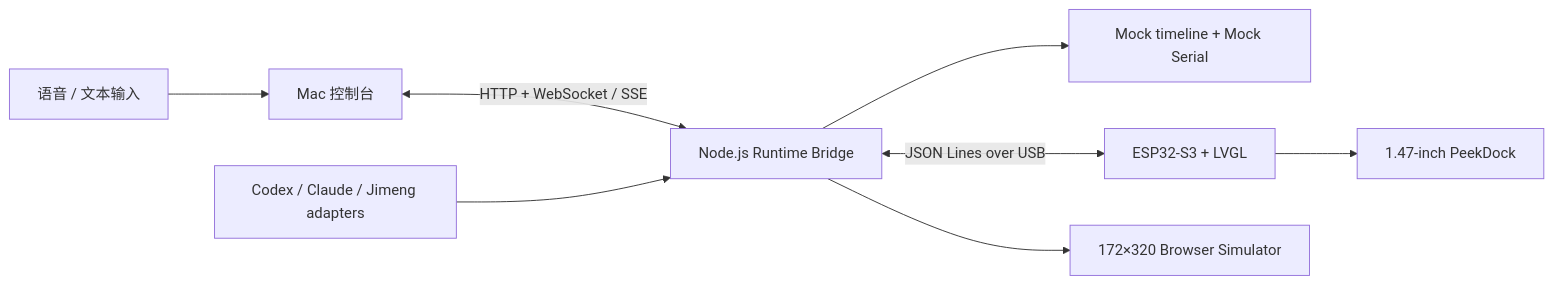
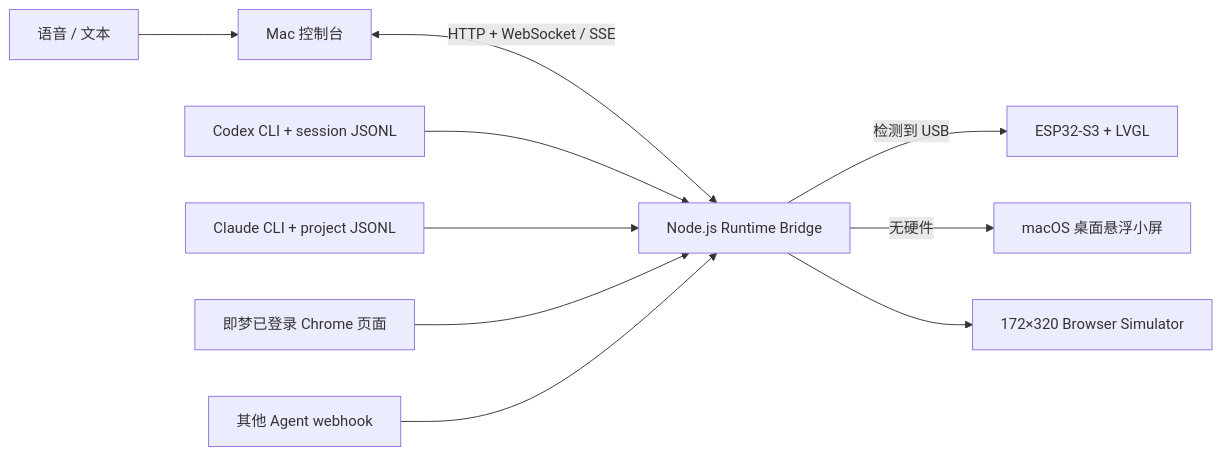
The diagram in README.md (1491720837-prog/peekdock), drawn with Mermaid before and after one commit. The commit also changed other lines of this file and 16 other files, not shown here.

````diff
--- a/README.md
+++ b/README.md
@@ -77,10 +117,12 @@
 ```mermaid
 flowchart LR
-  Voice[语音 / 文本输入] --> Console[Mac 控制台]
+  Voice[语音 / 文本] --> Console[Mac 控制台]
   Console <-->|HTTP + WebSocket / SSE| Bridge[Node.js Runtime Bridge]
-  Adapters[Codex / Claude / Jimeng adapters] --> Bridge
-  Bridge --> Mock[Mock timeline + Mock Serial]
-  Bridge <-->|JSON Lines over USB| Firmware[ESP32-S3 + LVGL]
+  Codex[Codex CLI + session JSONL] --> Bridge
+  Claude[Claude CLI + project JSONL] --> Bridge
+  Jimeng[即梦已登录 Chrome 页面] --> Bridge
+  Other[其他 Agent webhook] --> Bridge
+  Bridge -->|检测到 USB| Firmware[ESP32-S3 + LVGL]
+  Bridge -->|无硬件| Overlay[macOS 桌面悬浮小屏]
   Bridge --> Simulator[172×320 Browser Simulator]
-  Firmware --> Screen[1.47-inch PeekDock]
 ```
````
